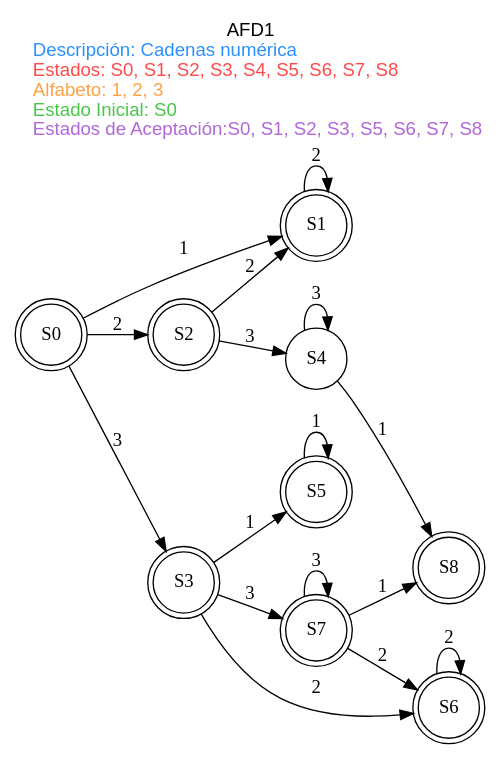
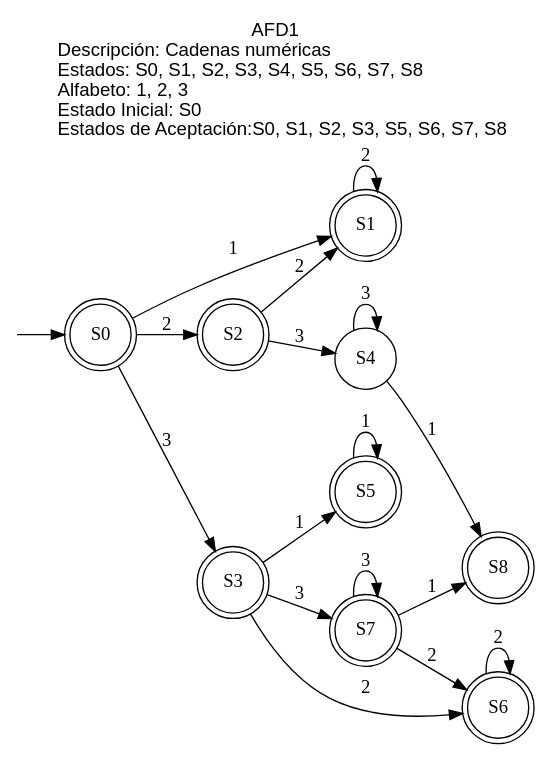
One commit to bryan967132/LFPA_1S2025_EjemplosDeClase changed the diagram in Clase8/SalidaAFD1.dot. Above: the diagram before and after it, drawn with Graphviz. The commit also changed 4 other files, not shown here.

```diff
--- a/Clase8/SalidaAFD1.dot
+++ b/Clase8/SalidaAFD1.dot
@@ -1,38 +1,33 @@
 digraph AFD1 {
 	rankdir = LR;
 	graph[fontname="Arial" labelloc=t];
 	node[shape=circle];
-	label=<
-		<font color="black">AFD1</font><br/>
-		<font color="#2B90FF">Descripción: Cadenas numérica</font><br align="left"/>
-		<font color="#FF4A4A">Estados: S0, S1, S2, S3, S4, S5, S6, S7, S8</font><br align="left"/>
-		<font color="#FFA142">Alfabeto: 1, 2, 3</font><br align="left"/>
-		<font color="#48C748">Estado Inicial: S0</font><br align="left"/>
-		<font color="#B166DA">Estados de Aceptación:S0, S1, S2, S3, S5, S6, S7, S8</font><br align="left"/>
-	>;
+	label=<<font>AFD1</font><br/><font>Descripción: Cadenas numéricas</font><br align="left"/><font>Estados: S0, S1, S2, S3, S4, S5, S6, S7, S8</font><br align="left"/><font>Alfabeto: 1, 2, 3</font><br align="left"/><font>Estado Inicial: S0</font><br align="left"/><font>Estados de Aceptación:S0, S1, S2, S3, S5, S6, S7, S8</font><br align="left"/>>;
+	inicio [shape=point, width=0];
 	S0 [label="S0" peripheries=2];
+	inicio -> S0;
 	S1 [label="S1" peripheries=2];
 	S2 [label="S2" peripheries=2];
 	S3 [label="S3" peripheries=2];
 	S4 [label="S4"];
 	S5 [label="S5" peripheries=2];
 	S6 [label="S6" peripheries=2];
 	S7 [label="S7" peripheries=2];
 	S8 [label="S8" peripheries=2];
 	S3 -> S5 [label="1"];
 	S3 -> S6 [label="2"];
 	S3 -> S7 [label="3"];
 	S4 -> S8 [label="1"];
 	S4 -> S4 [label="3"];
 	S5 -> S5 [label="1"];
 	S6 -> S6 [label="2"];
 	S7 -> S8 [label="1"];
 	S7 -> S6 [label="2"];
 	S7 -> S7 [label="3"];
 	S0 -> S1 [label="1"];
 	S0 -> S2 [label="2"];
 	S0 -> S3 [label="3"];
 	S1 -> S1 [label="2"];
 	S2 -> S1 [label="2"];
 	S2 -> S4 [label="3"];
 }
```
